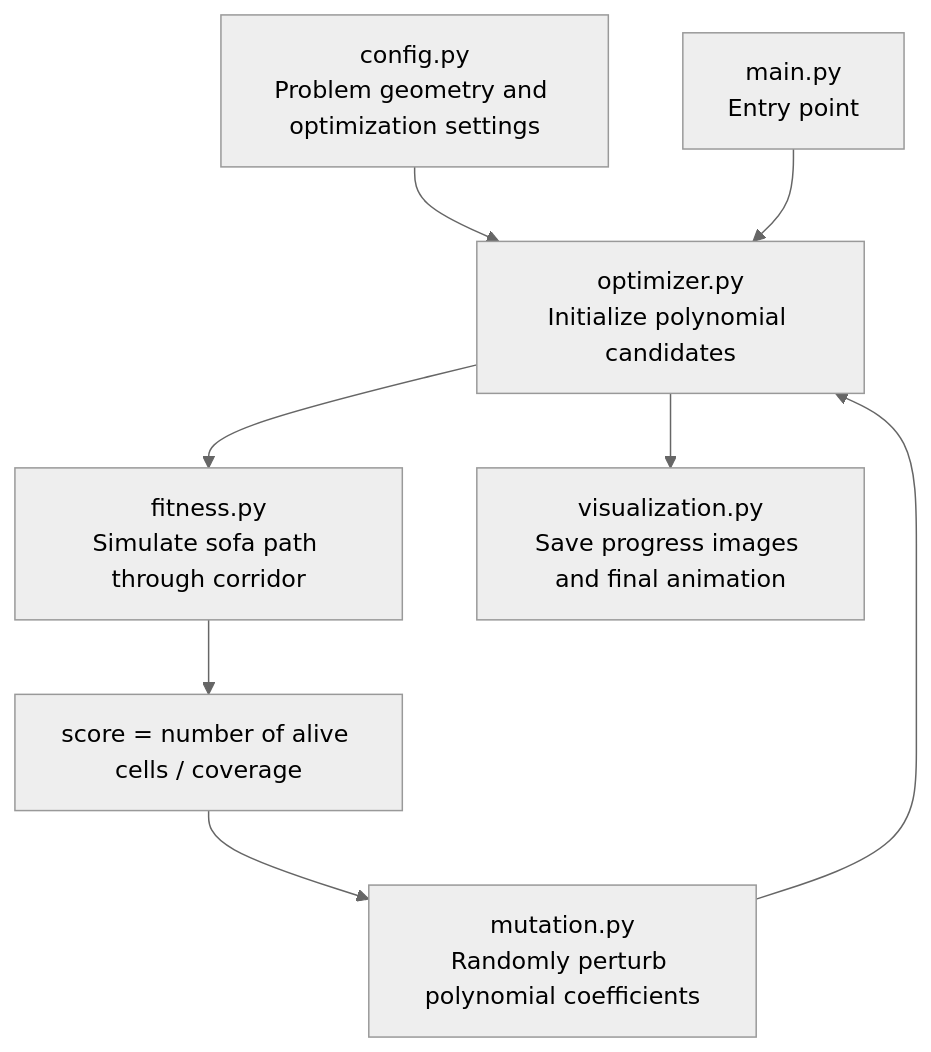
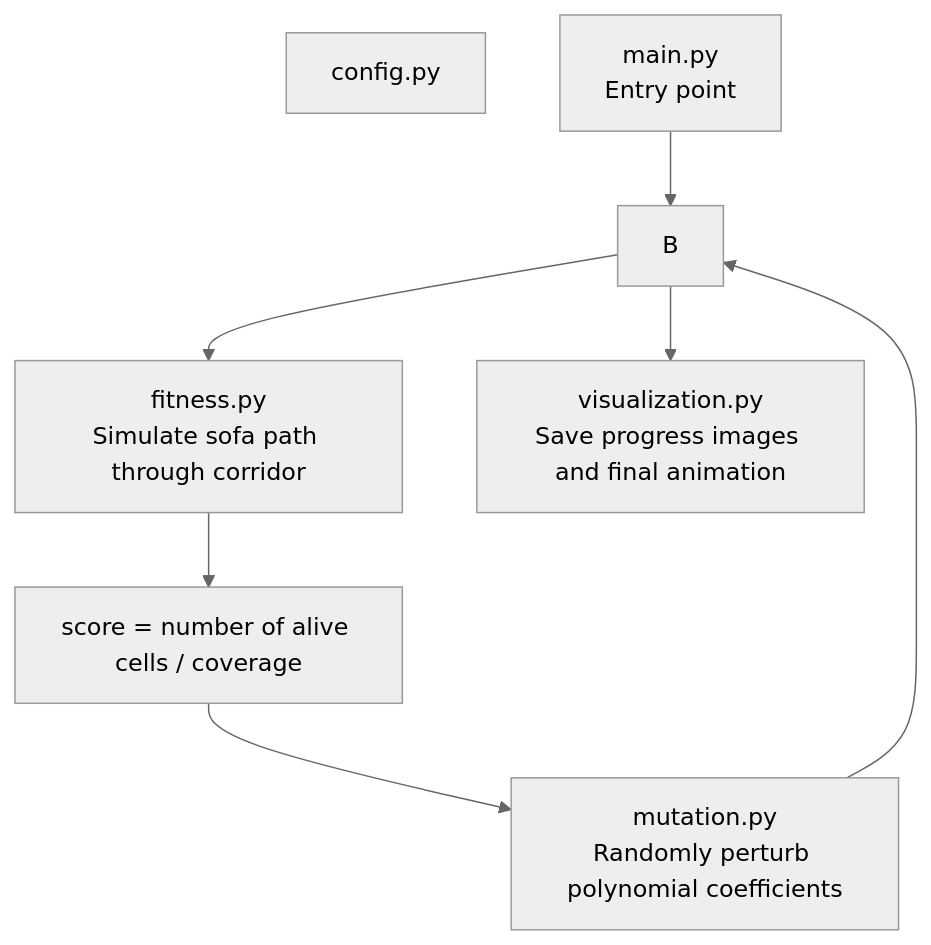
One commit to imro37/sofa_problem changed the diagram in README.md. Above: the diagram before and after it, drawn with Mermaid (neutral theme).

Commit message:
readme updata

````diff
--- a/README.md
+++ b/README.md
@@ -18,10 +18,10 @@
 ```mermaid
 flowchart TD
-    A[config.py\nProblem geometry and optimization settings] --> B[optimizer.py\nInitialize polynomial candidates]
+    A[config.py]
     B --> C[fitness.py\nSimulate sofa path through corridor]
     C --> D[score = number of alive cells / coverage]
     D --> E[mutation.py\nRandomly perturb polynomial coefficients]
     E --> B
     B --> F[visualization.py\nSave progress images and final animation]
     G[main.py\nEntry point] --> B
 ```
````
